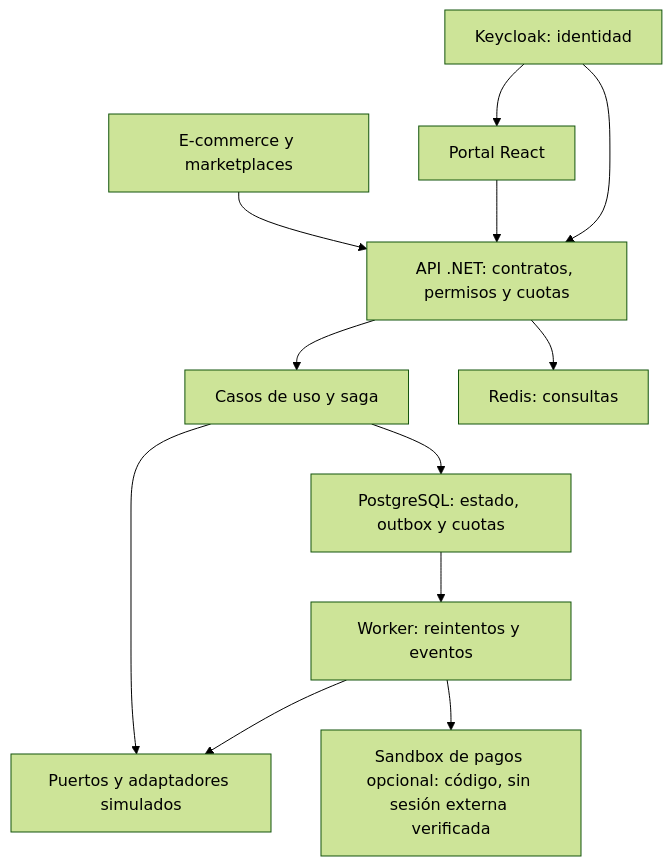
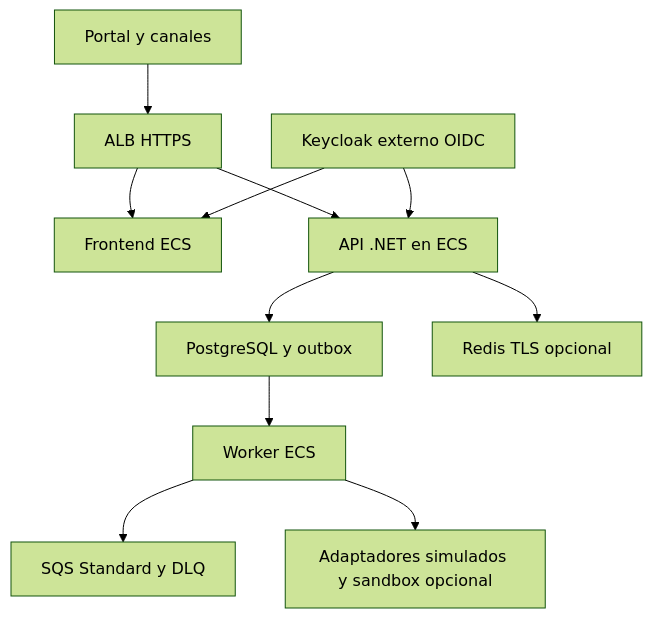
Before and after one commit to Arukado01/vortexbird-documentation: the diagram in diagrams/01-architecture.mmd, drawn with Mermaid (forest theme). The commit also changed 33 other files, not shown here.

Commit message:
docs: add help center, ECS IAM and CI/CD diagrams

```diff
--- a/diagrams/01-architecture.mmd
+++ b/diagrams/01-architecture.mmd
@@ -1,12 +1,11 @@
 flowchart TD
-  channels["E-commerce y marketplaces"] --> api["API .NET: contratos, permisos y cuotas"]
-  portal["Portal React"] --> api
-  identity["Keycloak: identidad"] --> portal
-  identity --> api
-  api --> core["Casos de uso y saga"]
-  core --> db["PostgreSQL: estado, outbox y cuotas"]
-  core --> adapters["Puertos y adaptadores simulados"]
-  api --> cache["Redis: consultas"]
-  db --> worker["Worker: reintentos y eventos"]
-  worker --> adapters
-  worker --> payments["Sandbox de pagos opcional: código, sin sesión externa verificada"]
+  browser["Portal y canales"] --> edge["ALB HTTPS"]
+  edge --> web["Frontend ECS"]
+  edge --> api["API .NET en ECS"]
+  id["Keycloak externo OIDC"] --> api
+  id --> web
+  api --> db["PostgreSQL y outbox"]
+  api --> cache["Redis TLS opcional"]
+  db --> worker["Worker ECS"]
+  worker --> sqs["SQS Standard y DLQ"]
+  worker --> adapters["Adaptadores simulados y sandbox opcional"]
```
